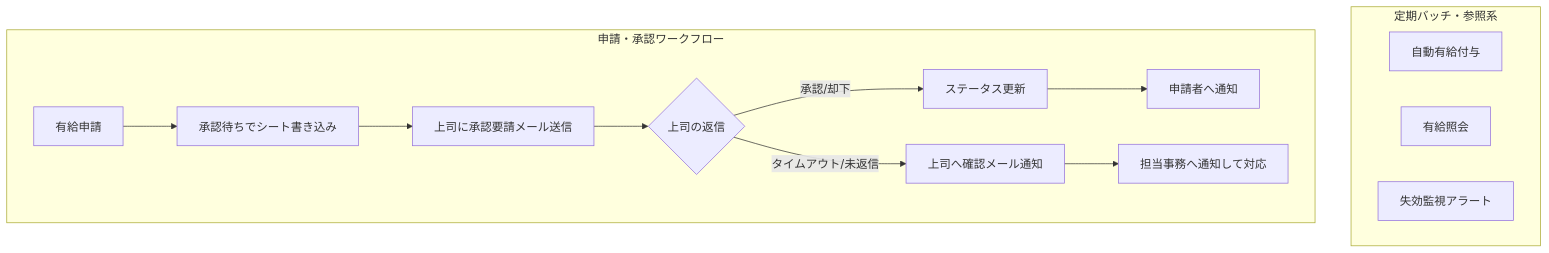
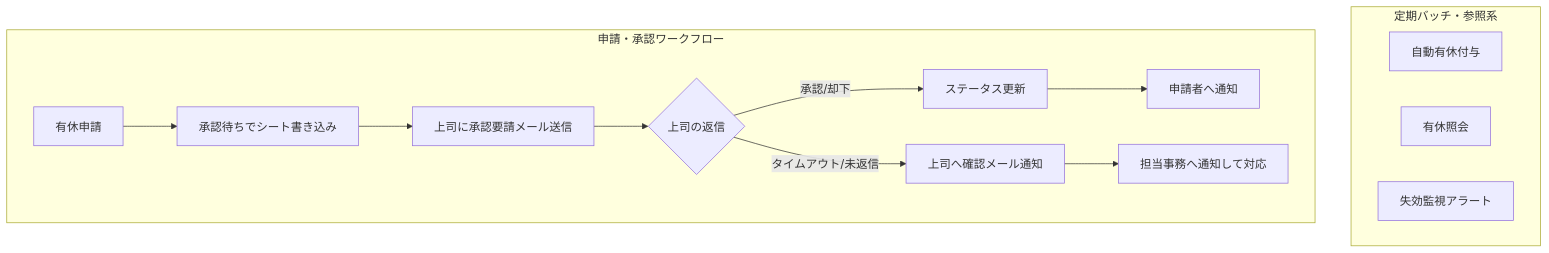
One commit to nishio-aki/aki-leave-manager changed the diagram in README.md. Above: the diagram before and after it, drawn with Mermaid. The commit also changed other lines of this file, not shown here.

````diff
--- a/README.md
+++ b/README.md
@@ -4,21 +4,21 @@
 ```mermaid
 flowchart TD
     %% 独立した機能
 subgraph Independent [定期バッチ・参照系]
-        A[自動有給付与]
-        B[有給照会]
+        A[自動有休付与]
+        B[有休照会]
         C[失効監視アラート]
     end
 
     subgraph Workflow [申請・承認ワークフロー]
-        D[有給申請] --> E[承認待ちでシート書き込み]
+        D[有休申請] --> E[承認待ちでシート書き込み]
         E --> F[上司に承認要請メール送信]
         F --> G{上司の返信}
         
        G -->|承認/却下| H[ステータス更新]
         H --> K[申請者へ通知]
         
         G -->|タイムアウト/未返信| I[上司へ確認メール通知]
         I --> J[担当事務へ通知して対応]
     end
 ```
````
